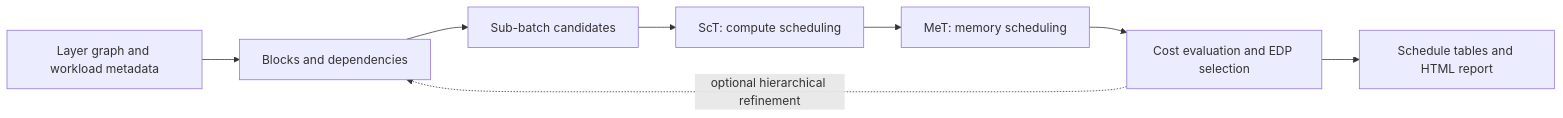
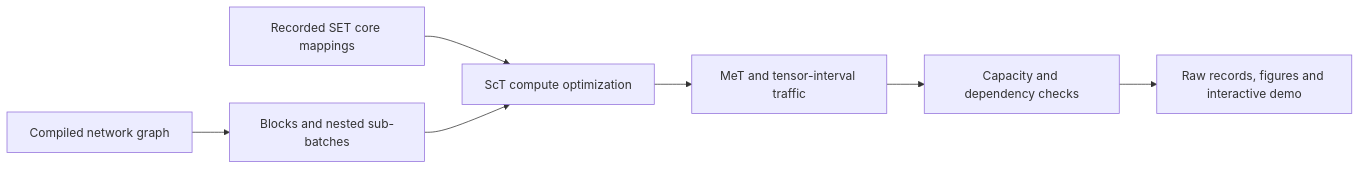
The diagram in README.md (aHappend/Crane), drawn with Mermaid before and after one commit. The commit also changed other lines of this file and 277 other files, not shown here.

Commit message:
research: archive experiments and add an interactive reproduction demo

````diff
--- a/README.md
+++ b/README.md
@@ -45,10 +56,9 @@
 ```mermaid
 flowchart LR
-    A[Layer graph and workload metadata] --> B[Blocks and dependencies]
-    B --> C[Sub-batch candidates]
-    C --> D[ScT: compute scheduling]
-    D --> E[MeT: memory scheduling]
-    E --> F[Cost evaluation and EDP selection]
-    F --> G[Schedule tables and HTML report]
-    F -. optional hierarchical refinement .-> B
+    A[Compiled network graph] --> B[Blocks and nested sub-batches]
+    P[Recorded SET core mappings] --> C[ScT compute optimization]
+    B --> C
+    C --> D[MeT and tensor-interval traffic]
+    D --> E[Capacity and dependency checks]
+    E --> F[Raw records, figures and interactive demo]
 ```
````
